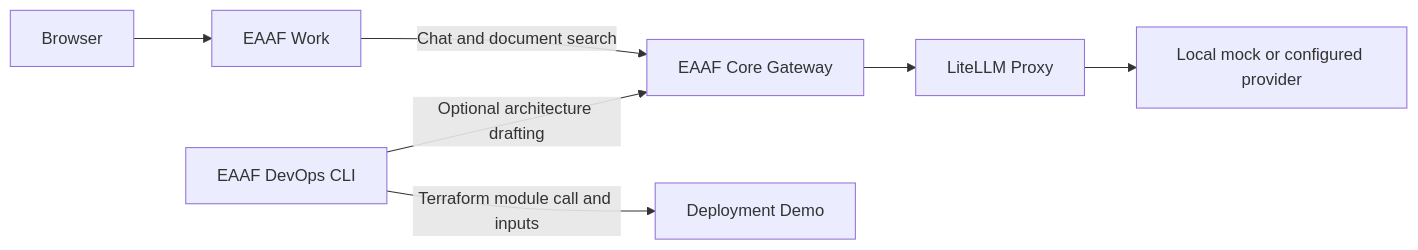
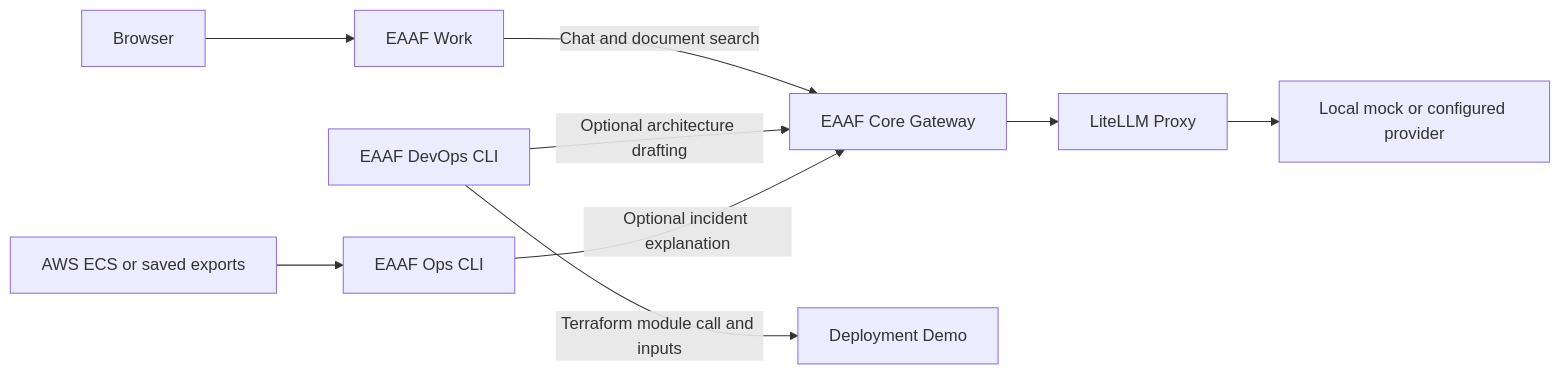
The diagram in README.md (tandrian06/eaaf-project), drawn with Mermaid before and after one commit. The commit also changed other lines of this file and 2 other files, not shown here.

Commit message:
Introduce AI for Ops on the project portal

````diff
--- a/README.md
+++ b/README.md
@@ -23,9 +29,11 @@
 ```mermaid
 flowchart LR
     User["Browser"] --> Work["EAAF Work"]
     Work -->|"Chat and document search"| Core["EAAF Core Gateway"]
     DevOps["EAAF DevOps CLI"] -->|"Optional architecture drafting"| Core
+    ECS["AWS ECS or saved exports"] --> Ops["EAAF Ops CLI"]
+    Ops -->|"Optional incident explanation"| Core
     Core --> LiteLLM["LiteLLM Proxy"]
     LiteLLM --> Model["Local mock or configured provider"]
     DevOps -->|"Terraform module call and inputs"| Demo["Deployment Demo"]
 ```
````
